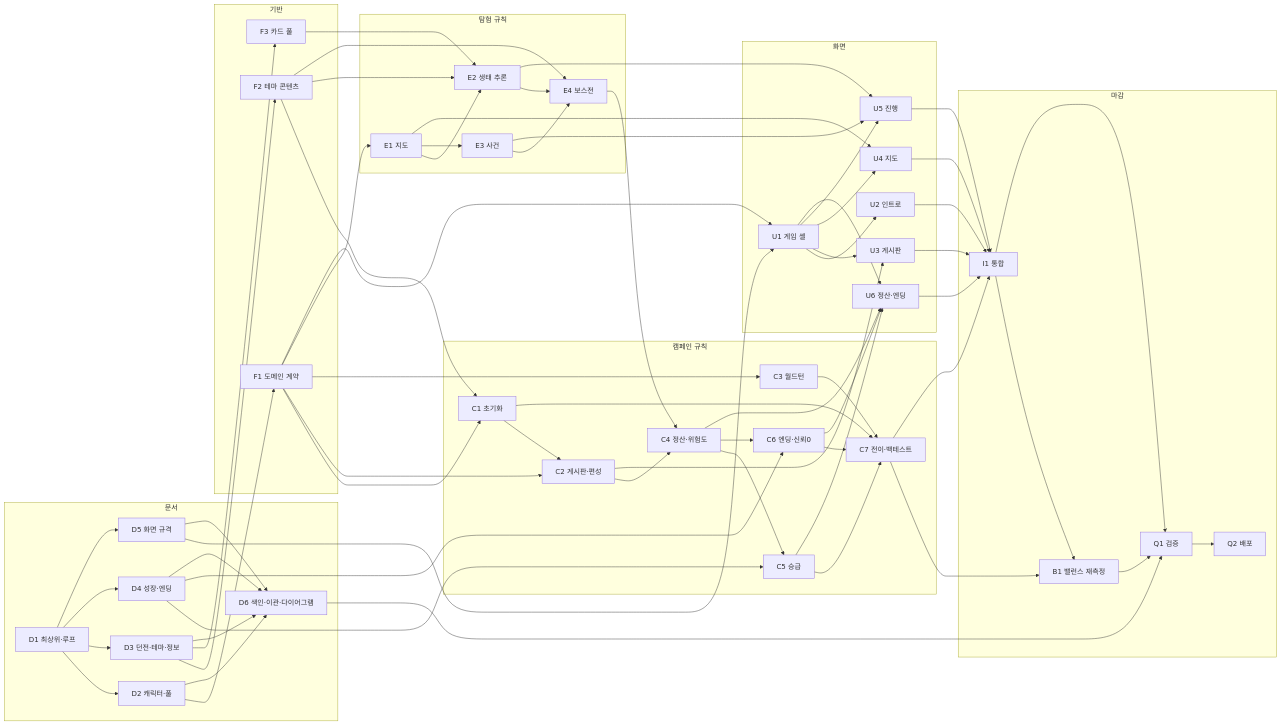
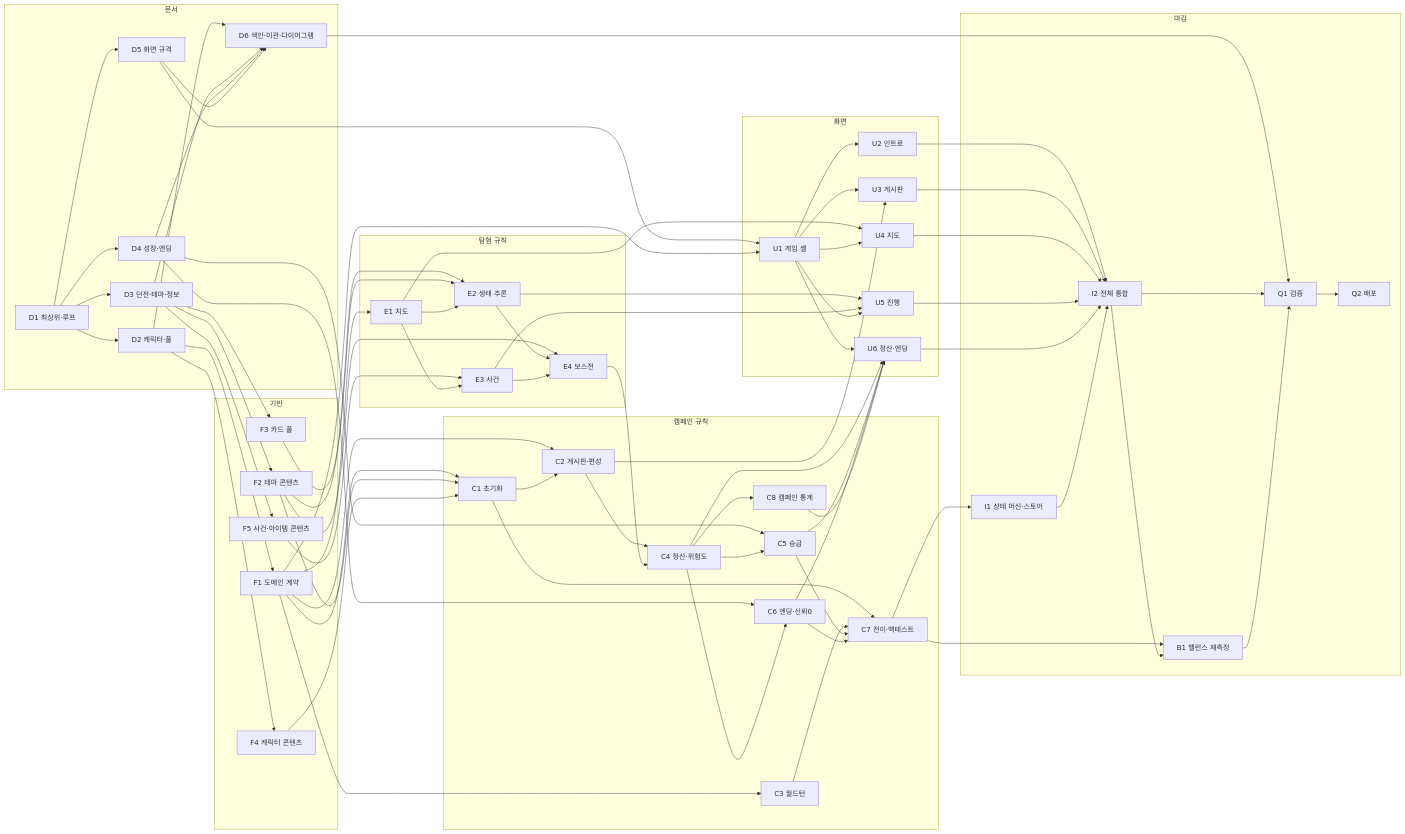
The diagram in docs/technical/CAMPAIGN_REWORK_WORK_ASSIGNMENT.md (LatteBun/Dungeon_Schemer), drawn with Mermaid before and after one commit. The commit also changed other lines of this file and 1 other file, not shown here.

````diff
--- a/docs/technical/CAMPAIGN_REWORK_WORK_ASSIGNMENT.md
+++ b/docs/technical/CAMPAIGN_REWORK_WORK_ASSIGNMENT.md
@@ -44,6 +45,8 @@
     F1["F1 도메인 계약"]
     F2["F2 테마 콘텐츠"]
     F3["F3 카드 풀"]
+    F4["F4 캐릭터 콘텐츠"]
+    F5["F5 사건·아이템 콘텐츠"]
   end
   subgraph L2["캠페인 규칙"]
     C1["C1 초기화"]
@@ -53,6 +56,7 @@
     C5["C5 승급"]
     C6["C6 엔딩·신뢰0"]
     C7["C7 전이·백테스트"]
+    C8["C8 캠페인 통계"]
   end
   subgraph L3["탐험 규칙"]
     E1["E1 지도"]
@@ -69,39 +73,44 @@
     U6["U6 정산·엔딩"]
   end
   subgraph L5["마감"]
-    I1["I1 통합"]
+    I1["I1 상태 머신·스토어"]
+    I2["I2 전체 통합"]
     B1["B1 밸런스 재측정"]
     Q1["Q1 검증"]
     Q2["Q2 배포"]
   end
 
   D1 --> D2 & D3 & D4 & D5
-  D2 --> F1 & D6
-  D3 --> F2 & F3 & D6
+  D2 --> D6 & F1 & F4
+  D3 --> D6 & F2 & F3 & F5
   D4 --> C5 & C6 & D6
-  D5 --> U1 & D6
+  D5 --> D6 & U1
   D6 --> Q1
   F1 --> C1 & C2 & C3 & E1 & U1
   F2 --> C1 & E2 & E4
   F3 --> E2
+  F4 --> C1
+  F5 --> E3
   C1 --> C2 & C7
   C2 --> C4 & U3
   C3 --> C7
-  C4 --> C5 & C6 & U6
+  C4 --> C5 & C6 & C8 & U6
   C5 --> C7 & U6
   C6 --> C7 & U6
   C7 --> B1 & I1
+  C8 --> U6
   E1 --> E2 & E3 & U4
   E2 --> E4 & U5
   E3 --> E4 & U5
   E4 --> C4
   U1 --> U2 & U3 & U4 & U5 & U6
-  U2 --> I1
-  U3 --> I1
-  U4 --> I1
-  U5 --> I1
-  U6 --> I1
-  I1 --> B1 & Q1
+  U2 --> I2
+  U3 --> I2
+  U4 --> I2
+  U5 --> I2
+  U6 --> I2
+  I1 --> I2
+  I2 --> B1 & Q1
   B1 --> Q1
   Q1 --> Q2
 ```
````
